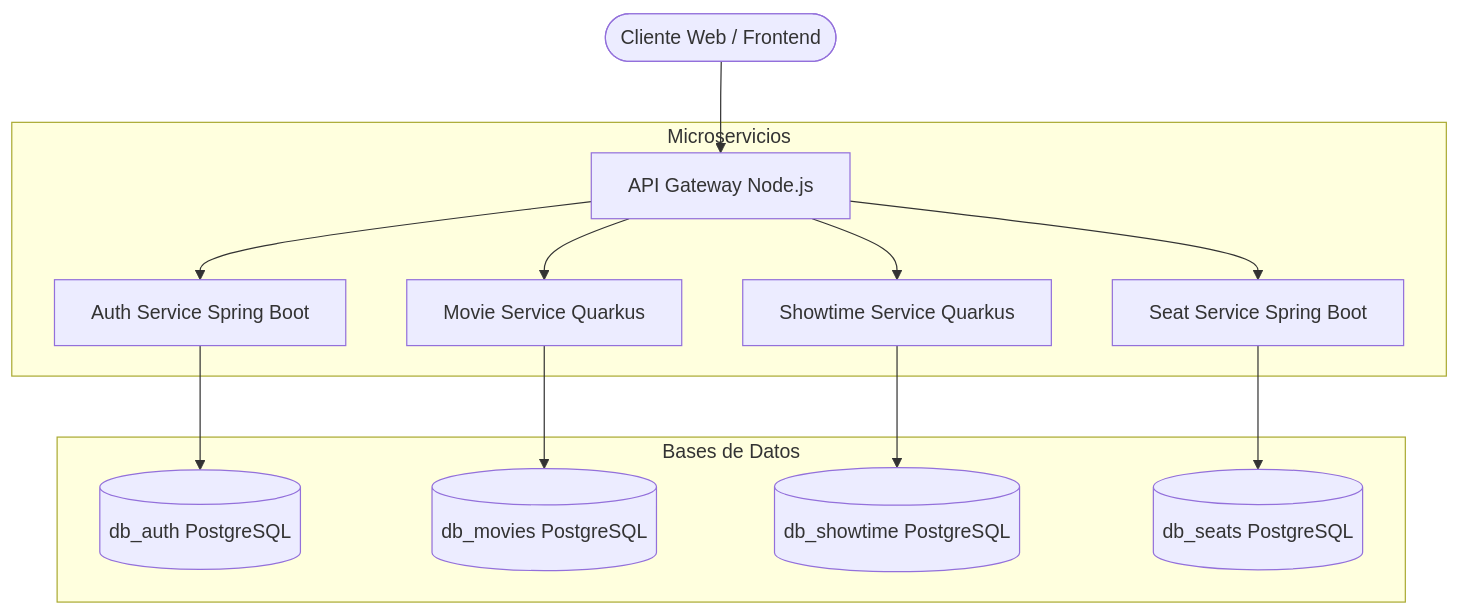
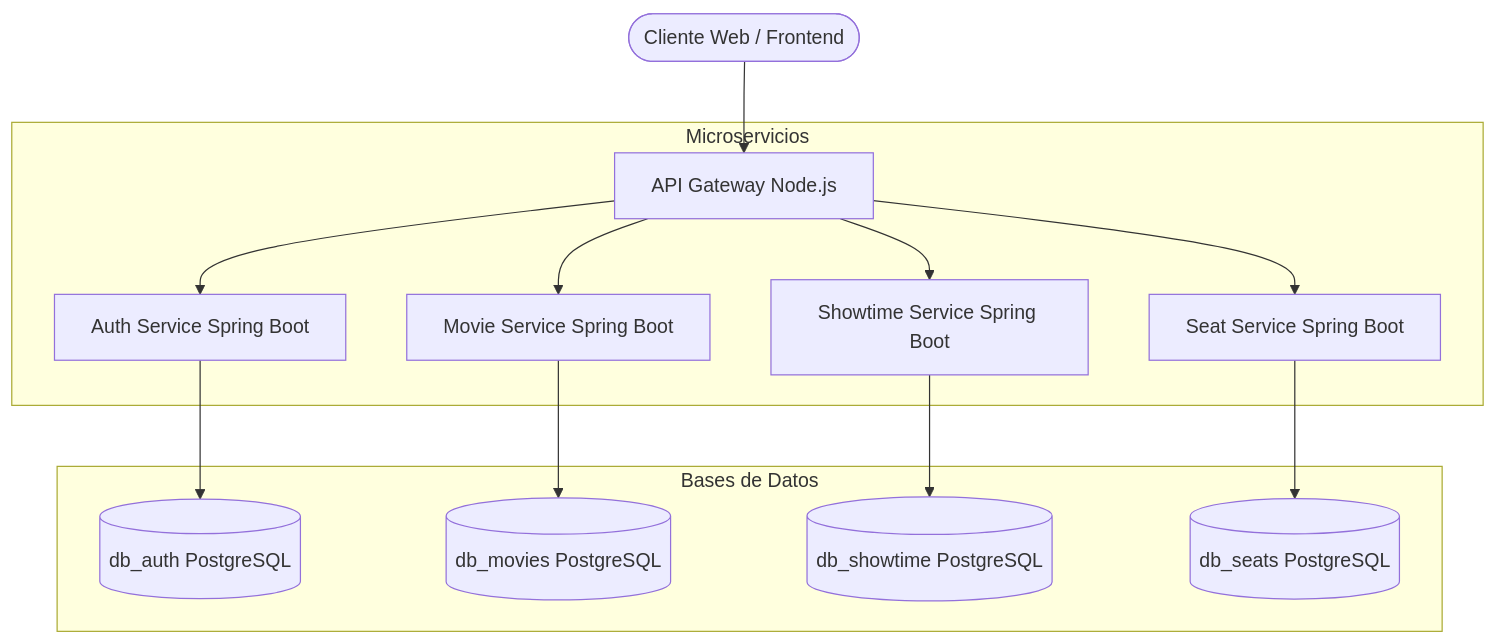
One commit to ErwinSmth/CinemaCore changed the first of 3 diagrams in docs/02_Arquitectura/README.md. Above: the diagram before and after it, drawn with Mermaid. The commit also changed other lines of this file and 10 other files, not shown here.

````diff
--- a/docs/02_Arquitectura/README.md
+++ b/docs/02_Arquitectura/README.md
@@ -8,18 +8,18 @@
 ```mermaid
 graph TD
     Client([Cliente Web / Frontend]) --> API[API Gateway Node.js]
     
     subgraph Microservicios
         API --> Auth[Auth Service Spring Boot]
-        API --> Movie[Movie Service Quarkus]
-        API --> Showtime[Showtime Service Quarkus]
+        API --> Movie[Movie Service Spring Boot]
+        API --> Showtime[Showtime Service Spring Boot]
         API --> Seat[Seat Service Spring Boot]
     end
     
     subgraph Bases de Datos
         Auth --> DB_Auth[(db_auth PostgreSQL)]
         Movie --> DB_Movie[(db_movies PostgreSQL)]
         Showtime --> DB_Showtime[(db_showtime PostgreSQL)]
         Seat --> DB_Seat[(db_seats PostgreSQL)]
     end
 ```
````
